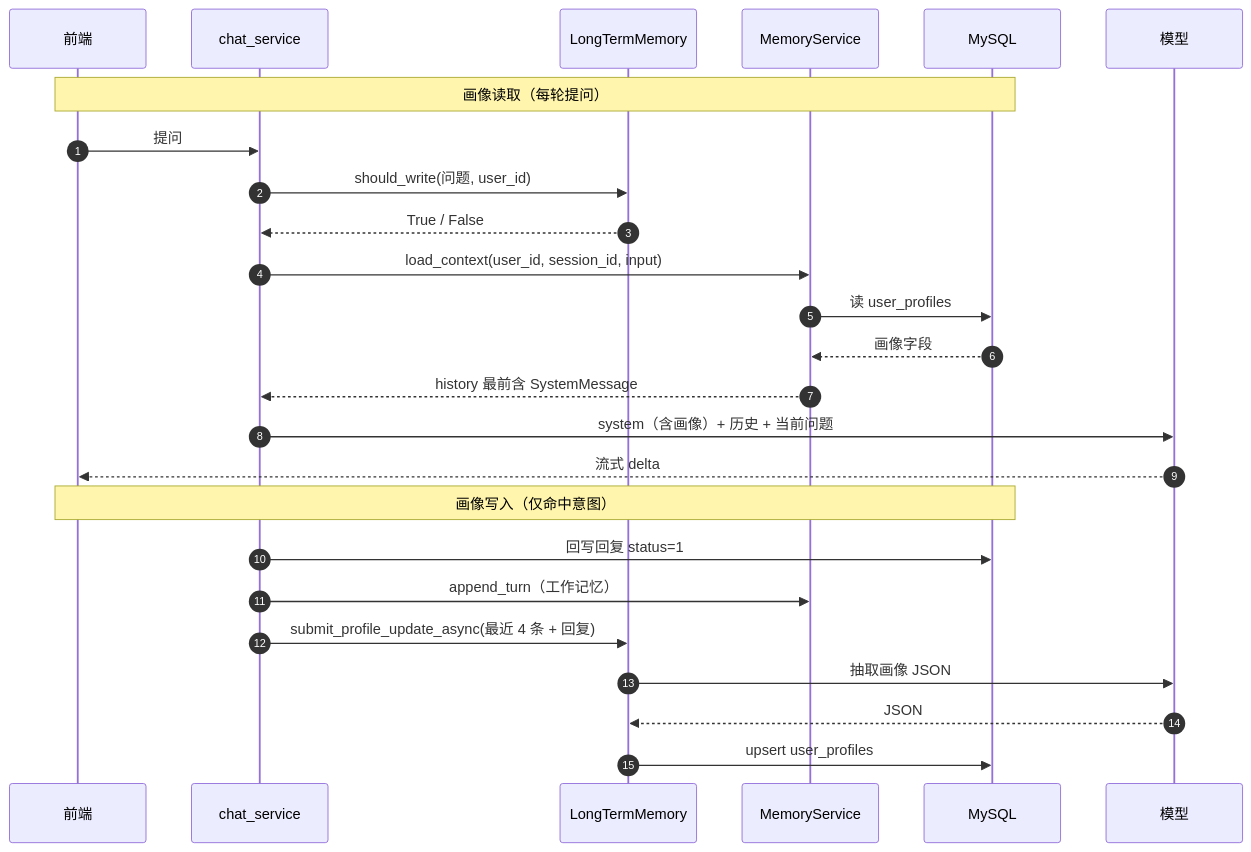
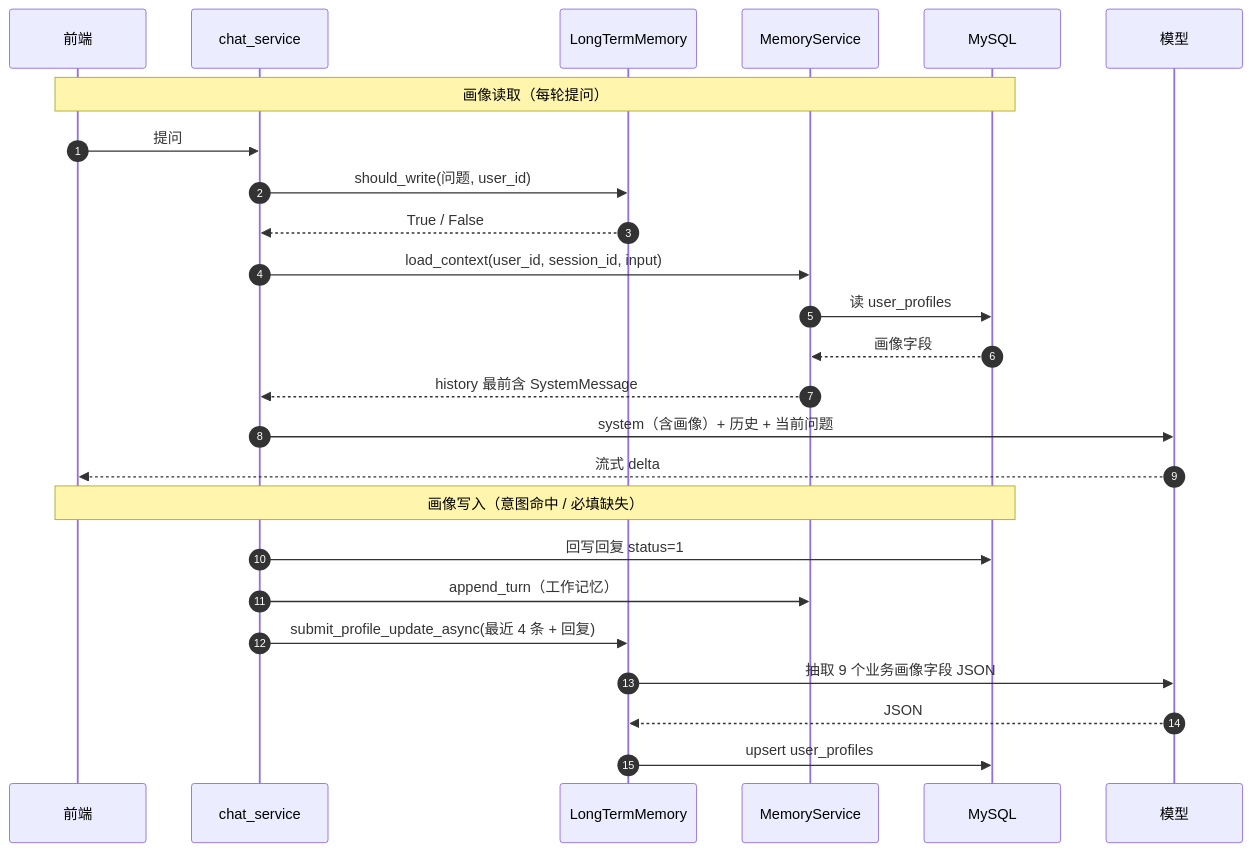
One commit to jiayinjiang-pistachio/study-pass-ai changed the third of 3 diagrams in agent-backend/docs/memory-system-v2.md. Above: the diagram before and after it, drawn with Mermaid. The commit also changed other lines of this file and 12 other files, not shown here.

````diff
--- a/agent-backend/docs/memory-system-v2.md
+++ b/agent-backend/docs/memory-system-v2.md
@@ -107,29 +117,29 @@
 ```mermaid
 sequenceDiagram
     autonumber
     participant FE as 前端
     participant CS as chat_service
     participant LT as LongTermMemory
     participant MS as MemoryService
     participant DB as MySQL
     participant LLM as 模型
 
     Note over FE,DB: 画像读取（每轮提问）
     FE->>CS: 提问
     CS->>LT: should_write(问题, user_id)
     LT-->>CS: True / False
     CS->>MS: load_context(user_id, session_id, input)
     MS->>DB: 读 user_profiles
     DB-->>MS: 画像字段
     MS-->>CS: history 最前含 SystemMessage
     CS->>LLM: system（含画像）+ 历史 + 当前问题
     LLM-->>FE: 流式 delta
 
-    Note over FE,DB: 画像写入（仅命中意图）
+    Note over FE,DB: 画像写入（意图命中 / 必填缺失）
     CS->>DB: 回写回复 status=1
     CS->>MS: append_turn（工作记忆）
     CS->>LT: submit_profile_update_async(最近 4 条 + 回复)
-    LT->>LLM: 抽取画像 JSON
+    LT->>LLM: 抽取 9 个业务画像字段 JSON
     LLM-->>LT: JSON
     LT->>DB: upsert user_profiles
 ```
````
